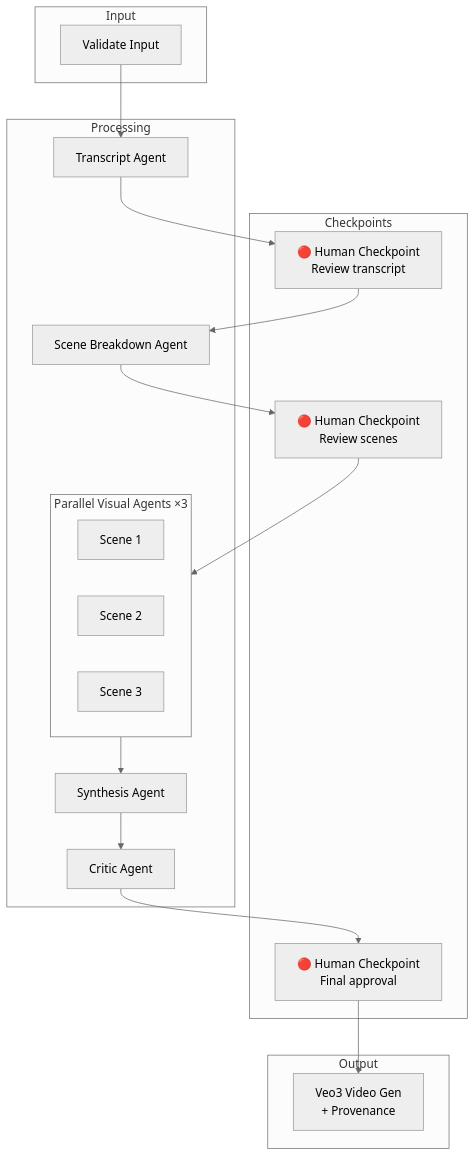
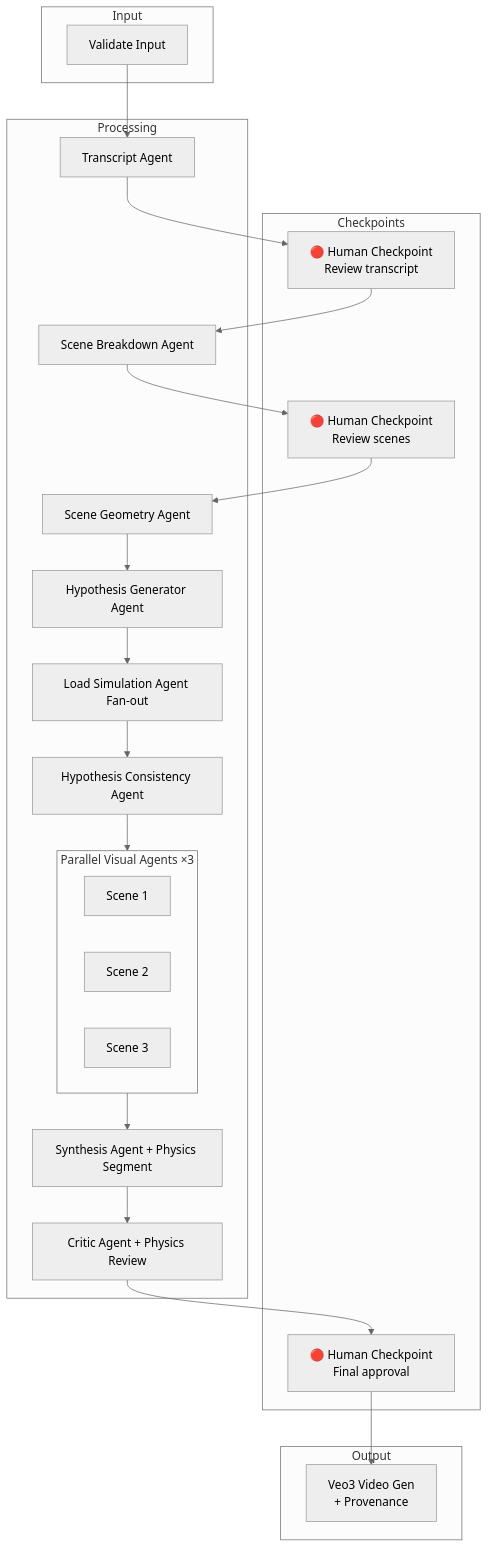
Before and after one commit to Photon1c/parsec: the first of 2 diagrams in README.md, drawn with Mermaid (neutral theme). The commit also changed other lines of this file and 14 other files, not shown here.

Commit message:
Add ALS simulation layer and physics hypothesis pipeline

````diff
--- a/README.md
+++ b/README.md
@@ -81,34 +90,38 @@
 ```mermaid
 flowchart TD
     subgraph Input
         A[Validate Input]
     end
 
     subgraph Processing
         B[Transcript Agent]
         C[Scene Breakdown Agent]
+        SG[Scene Geometry Agent]
+        HG[Hypothesis Generator Agent]
+        LS[Load Simulation Agent Fan-out]
+        HC[Hypothesis Consistency Agent]
         D[Parallel Visual Agents ×3]
-        E[Synthesis Agent]
-        F[Critic Agent]
+        E[Synthesis Agent + Physics Segment]
+        F[Critic Agent + Physics Review]
     end
 
     subgraph Checkpoints
         H1[🔴 Human Checkpoint<br/>Review transcript]
         H2[🔴 Human Checkpoint<br/>Review scenes]
         H3[🔴 Human Checkpoint<br/>Final approval]
     end
 
     subgraph Output
         G[Veo3 Video Gen<br/>+ Provenance]
     end
 
-    A --> B --> H1 --> C --> H2 --> D
+    A --> B --> H1 --> C --> H2 --> SG --> HG --> LS --> HC --> D
     D --> E --> F --> H3 --> G
 
     subgraph D[Parallel Visual Agents ×3]
         direction LR
         V1[Scene 1]
         V2[Scene 2]
         V3[Scene 3]
     end
 ```
````
